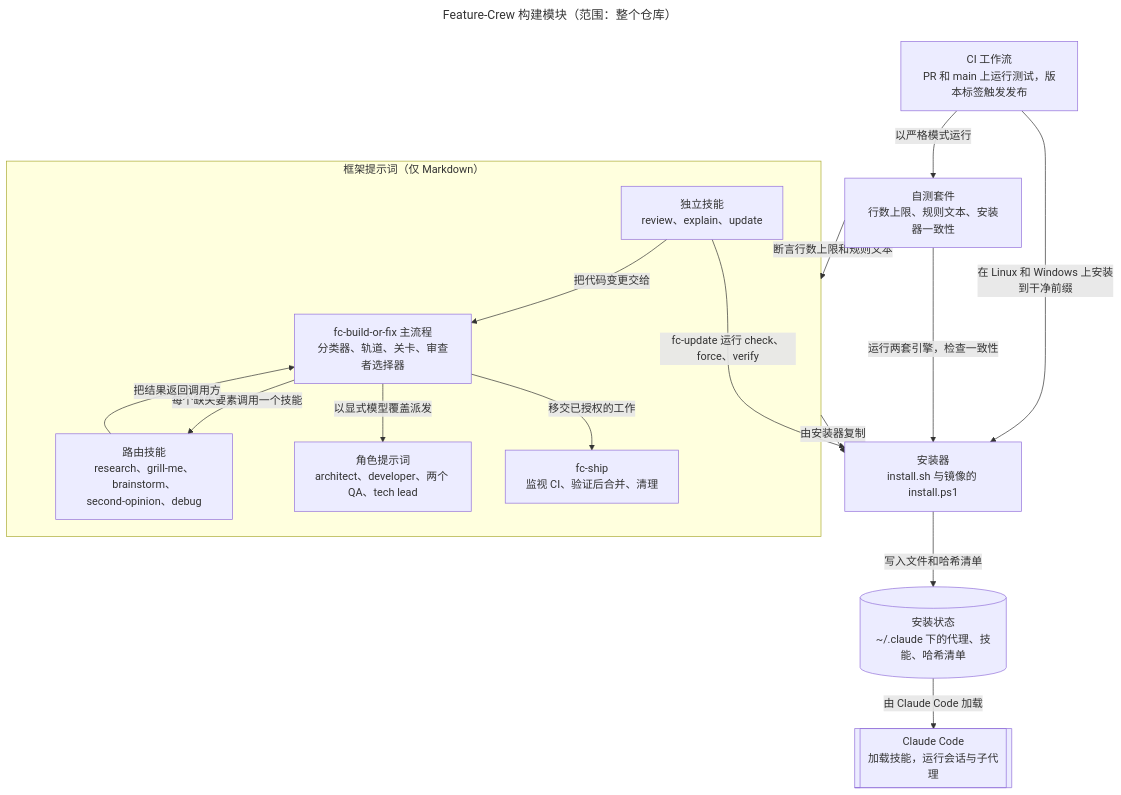
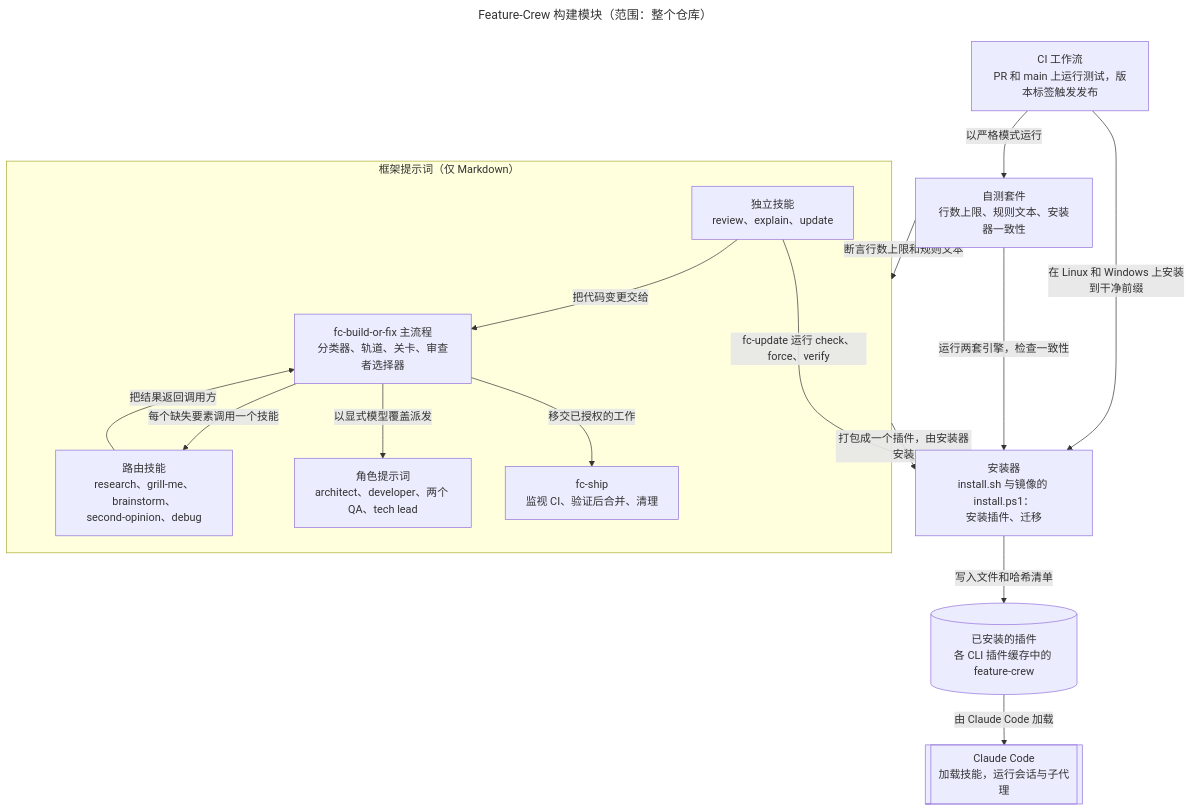
The first of 2 diagrams in wiki/Architecture-zh-CN.md (D0n9X1n/feature-crew), drawn with Mermaid before and after one commit. The commit also changed other lines of this file and 26 other files, not shown here.

First line of the commit message:
feat!: ship Feature-Crew as one plugin for Claude Code and GitHub Copilot CLI

````diff
--- a/wiki/Architecture-zh-CN.md
+++ b/wiki/Architecture-zh-CN.md
@@ -11,32 +11,32 @@
 ```mermaid
 ---
 title: "Feature-Crew 构建模块（范围：整个仓库）"
 ---
 flowchart TB
     ci["CI 工作流<br/>PR 和 main 上运行测试，版本标签触发发布"]
     suite["自测套件<br/>行数上限、规则文本、安装器一致性"]
     subgraph fw ["框架提示词（仅 Markdown）"]
         other["独立技能<br/>review、explain、update"]
         bof["fc-build-or-fix 主流程<br/>分类器、轨道、关卡、审查者选择器"]
         routed["路由技能<br/>research、grill-me、brainstorm、<br/>second-opinion、debug"]
         roles["角色提示词<br/>architect、developer、两个 QA、tech lead"]
         ship["fc-ship<br/>监视 CI、验证后合并、清理"]
     end
-    inst["安装器<br/>install.sh 与镜像的 install.ps1"]
-    home[("安装状态<br/>~/.claude 下的代理、技能、哈希清单")]
+    inst["安装器<br/>install.sh 与镜像的 install.ps1：<br/>安装插件、迁移"]
+    home[("已安装的插件<br/>各 CLI 插件缓存中的 feature-crew")]
     cc[["Claude Code<br/>加载技能，运行会话与子代理"]]
 
     ci -->|以严格模式运行| suite
     ci -->|在 Linux 和 Windows 上安装到干净前缀| inst
     suite -->|断言行数上限和规则文本| fw
     suite -->|运行两套引擎，检查一致性| inst
     other -->|把代码变更交给| bof
     other -->|fc-update 运行 check、force、verify| inst
     bof -->|每个缺失要素调用一个技能| routed
     routed -->|把结果返回调用方| bof
     bof -->|以显式模型覆盖派发| roles
     bof -->|移交已授权的工作| ship
-    fw -->|由安装器复制| inst
+    fw -->|打包成一个插件，由安装器安装| inst
     inst -->|写入文件和哈希清单| home
     home -->|由 Claude Code 加载| cc
 ```
````
